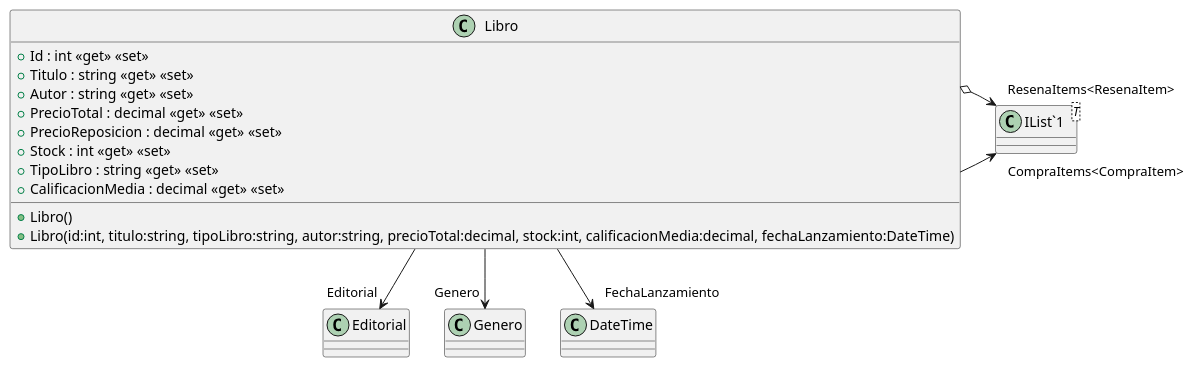
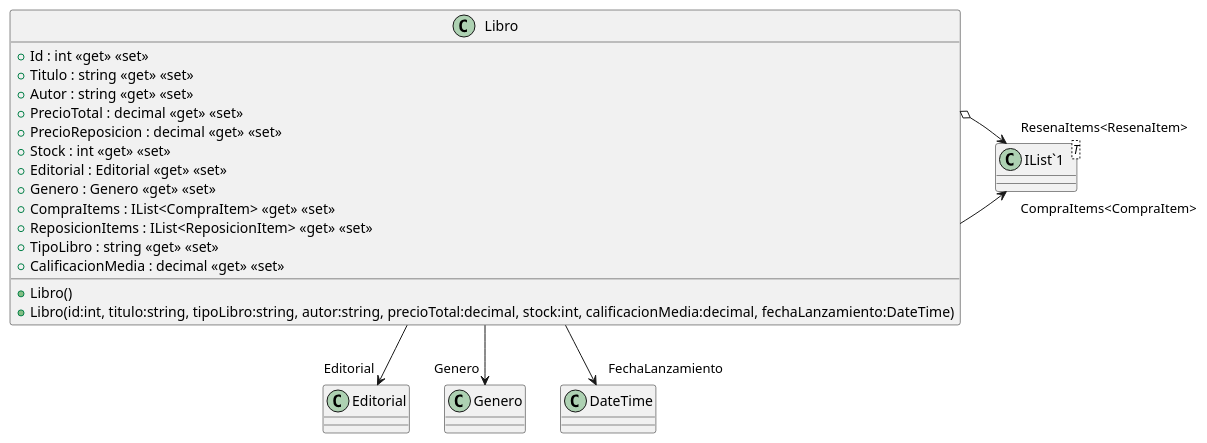
One commit to ISII2627LosElnes/ISII2627LosElnes changed the diagram in src/AppForSEII.API/ClassDiagram/Libro.puml. Above: the diagram before and after it, drawn with PlantUML. The commit also changed 11 other files, not shown here.

```diff
--- a/src/AppForSEII.API/ClassDiagram/Libro.puml
+++ b/src/AppForSEII.API/ClassDiagram/Libro.puml
@@ -1,21 +1,25 @@
 @startuml
 class Libro {
     + Libro()
     + Libro(id:int, titulo:string, tipoLibro:string, autor:string, precioTotal:decimal, stock:int, calificacionMedia:decimal, fechaLanzamiento:DateTime)
     + Id : int <<get>> <<set>>
     + Titulo : string <<get>> <<set>>
     + Autor : string <<get>> <<set>>
     + PrecioTotal : decimal <<get>> <<set>>
     + PrecioReposicion : decimal <<get>> <<set>>
     + Stock : int <<get>> <<set>>
+    + Editorial : Editorial <<get>> <<set>>
+    + Genero : Genero <<get>> <<set>>
+    + CompraItems : IList<CompraItem> <<get>> <<set>>
+    + ReposicionItems : IList<ReposicionItem> <<get>> <<set>>
     + TipoLibro : string <<get>> <<set>>
     + CalificacionMedia : decimal <<get>> <<set>>
 }
 class "IList`1"<T> {
 }
 Libro --> "Editorial" Editorial
 Libro --> "Genero" Genero
 Libro --> "CompraItems<CompraItem>" "IList`1"
 Libro --> "FechaLanzamiento" DateTime
 Libro o-> "ResenaItems<ResenaItem>" "IList`1"
 @enduml
```
